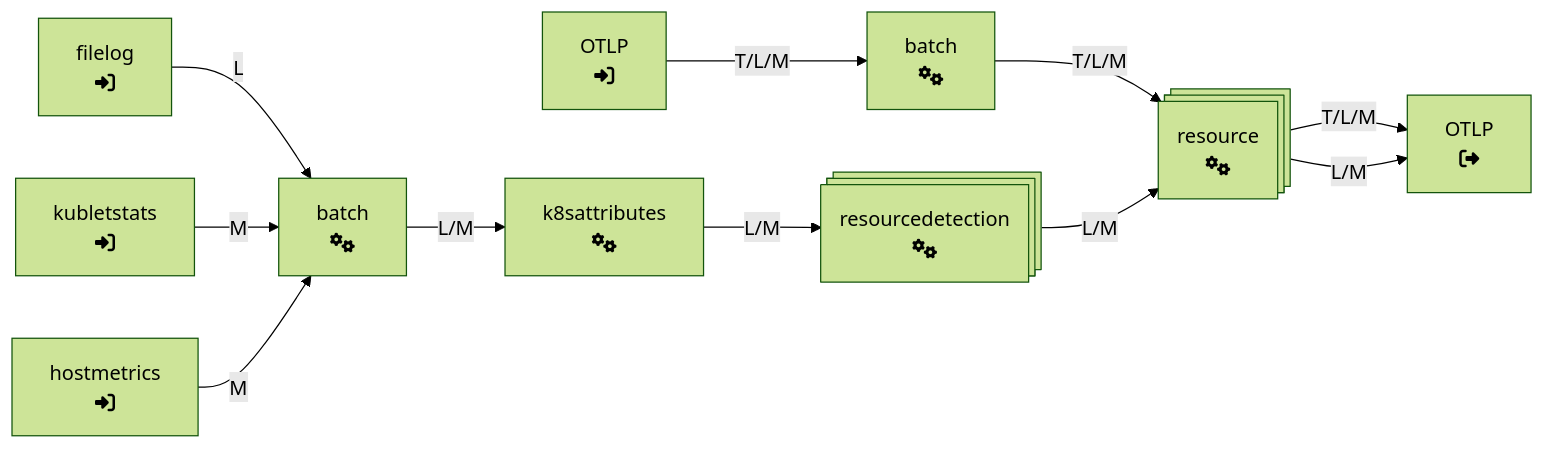
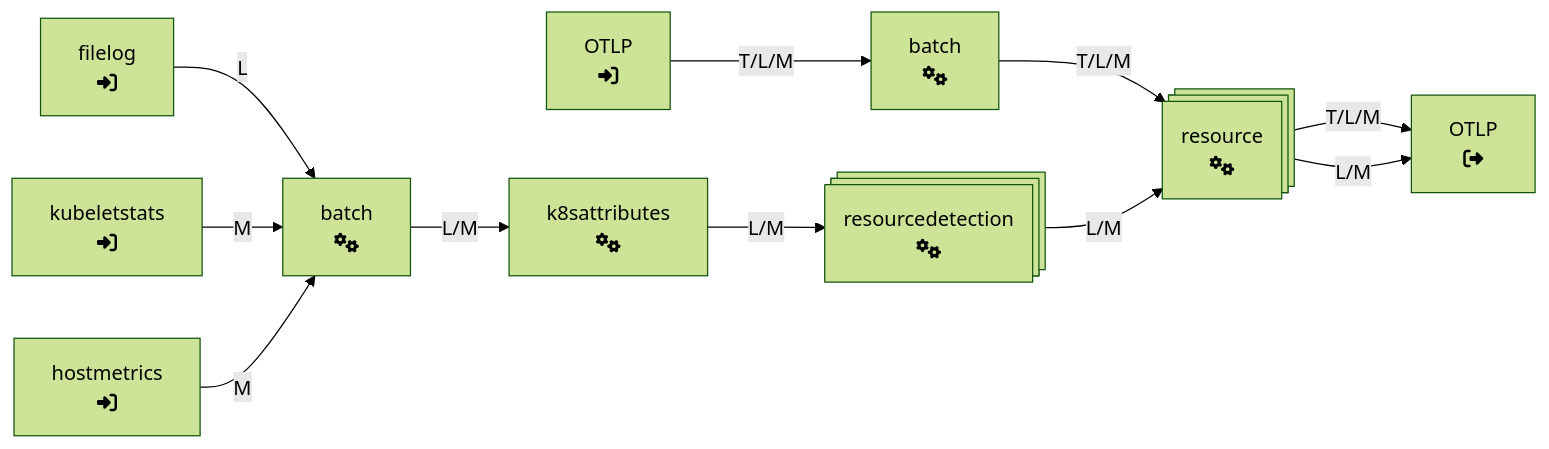
Before and after one commit to elastic/opentelemetry: the fourth of 6 diagrams in docs/_edot-collector/config/default-config-k8s.md, drawn with Mermaid (forest theme). The commit also changed other lines of this file and 11 other files, not shown here.

````diff
--- a/docs/_edot-collector/config/default-config-k8s.md
+++ b/docs/_edot-collector/config/default-config-k8s.md
@@ -106,34 +106,34 @@
 ```mermaid
 flowchart LR
     otlp@{ shape: proc, label: "OTLP
     fa:fa-right-to-bracket"} -->|T/L/M| batch@{ shape: proc, label: "batch
     fa:fa-gears"}
 
     batch -->|T/L/M| resource@{ shape: proc, label: "resource
     fa:fa-right-from-bracket"}
 
     resource -->|T/L/M| otlp_exporter@{ shape: proc, label: "OTLP
     fa:fa-right-from-bracket"}
 
 %% logs pipeline
     filelog@{ shape: proc, label: "filelog
     fa:fa-right-to-bracket"} -->|L| batch_lm@{ shape: proc, label: "batch
     fa:fa-gears"}
 
     batch_lm -->|L/M| k8sattributes@{ shape: proc, label: "k8sattributes
     fa:fa-gears"}
 
     k8sattributes -->|L/M| resourcedetection@{ shape: procs, label: "resourcedetection
     fa:fa-gears"}
 
     resourcedetection -->|L/M| resource@{ shape: procs, label: "resource
     fa:fa-gears"}
 
     resource -->|L/M| otlp_exporter
 
 %% system metrics pipeline
-    kubletstats@{ shape: proc, label: "kubletstats
+    kubeletstats@{ shape: proc, label: "kubeletstats
     fa:fa-right-to-bracket"} -->|M| batch_lm
     hostmetrics@{ shape: proc, label: "hostmetrics
     fa:fa-right-to-bracket"} -->|M| batch_lm
 ```
````
